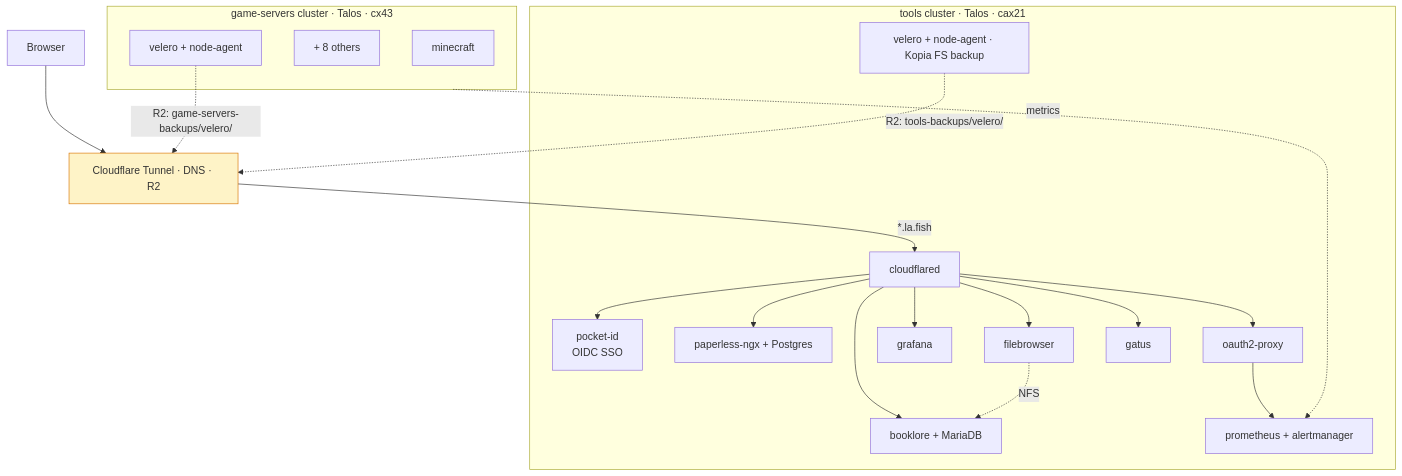
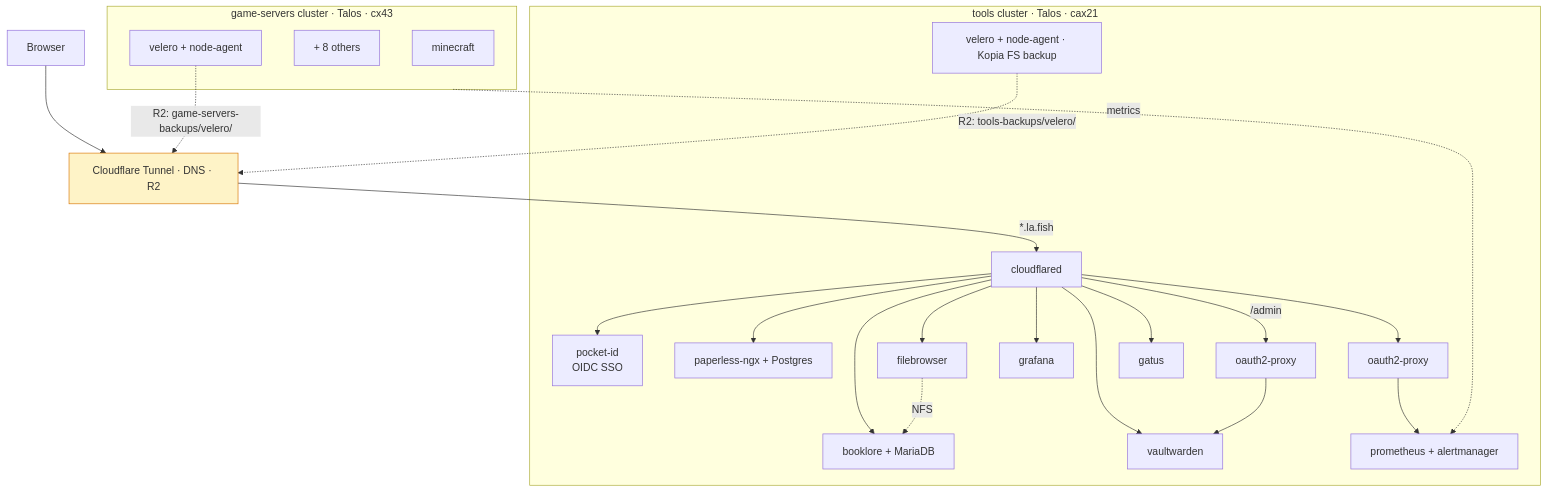
Before and after one commit to idarlafish/homelab: the diagram in README.md, drawn with Mermaid. The commit also changed other lines of this file and 21 other files, not shown here.

````diff
--- a/README.md
+++ b/README.md
@@ -11,33 +11,35 @@
 ```mermaid
 flowchart TD
     Browser --> CF[Cloudflare Tunnel · DNS · R2]
 
     subgraph TOOLS[tools cluster · Talos · cax21]
         CFD[cloudflared]
         CFD --> PID[pocket-id<br/>OIDC SSO]
         CFD --> BL[booklore + MariaDB]
         CFD --> PL[paperless-ngx + Postgres]
+        CFD --> VW[vaultwarden]
+        CFD -->|"/admin"| O2V[oauth2-proxy] --> VW
         CFD --> FB[filebrowser]
         CFD --> GRF[grafana]
         CFD --> O2P[oauth2-proxy] --> PRM[prometheus + alertmanager]
         CFD --> GTS[gatus]
 
         VLR[velero + node-agent · Kopia FS backup]
         FB -. NFS .-> BL
     end
 
     subgraph GAMES[game-servers cluster · Talos · cx43]
         MC[minecraft]
         OTH[+ 8 others]
         VLG[velero + node-agent]
     end
 
     CF -->|*.la.fish| CFD
     GAMES -. metrics .-> PRM
 
     VLR -. R2: tools-backups/velero/ .-> CF
     VLG -. R2: game-servers-backups/velero/ .-> CF
 
     classDef storage fill:#fef3c7,stroke:#d97706
     class CF storage
 ```
````
